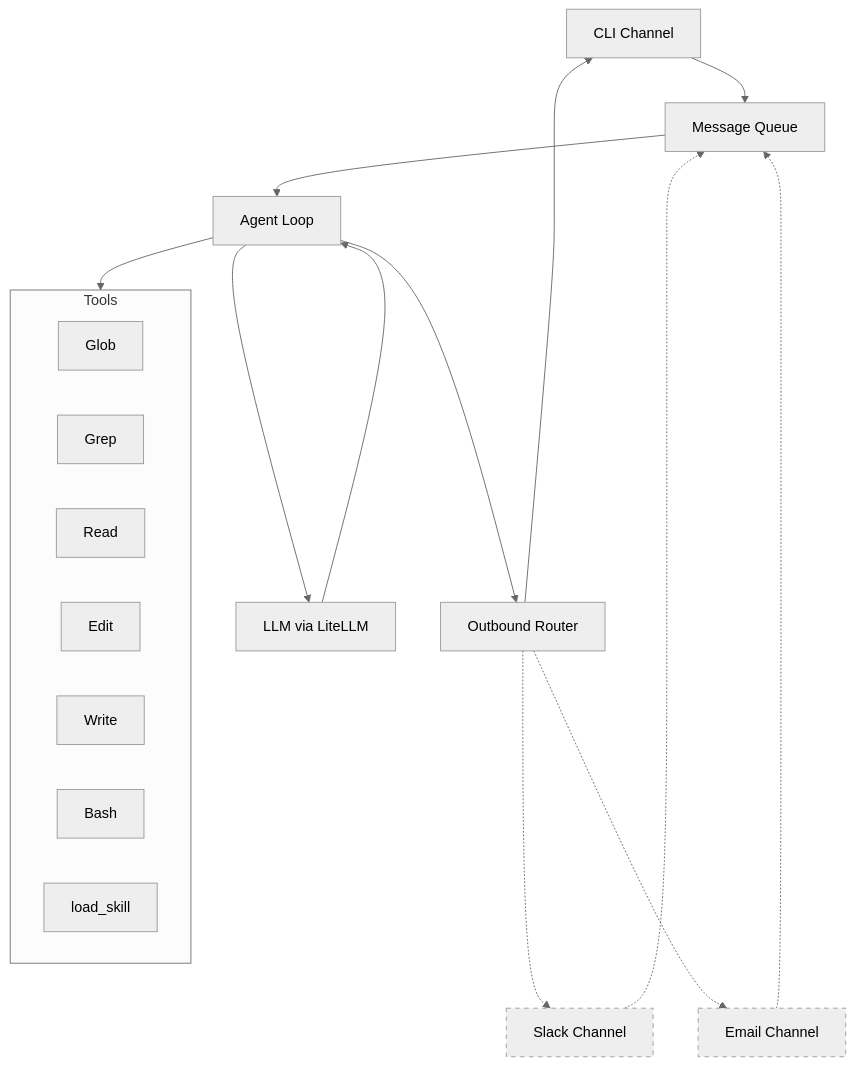
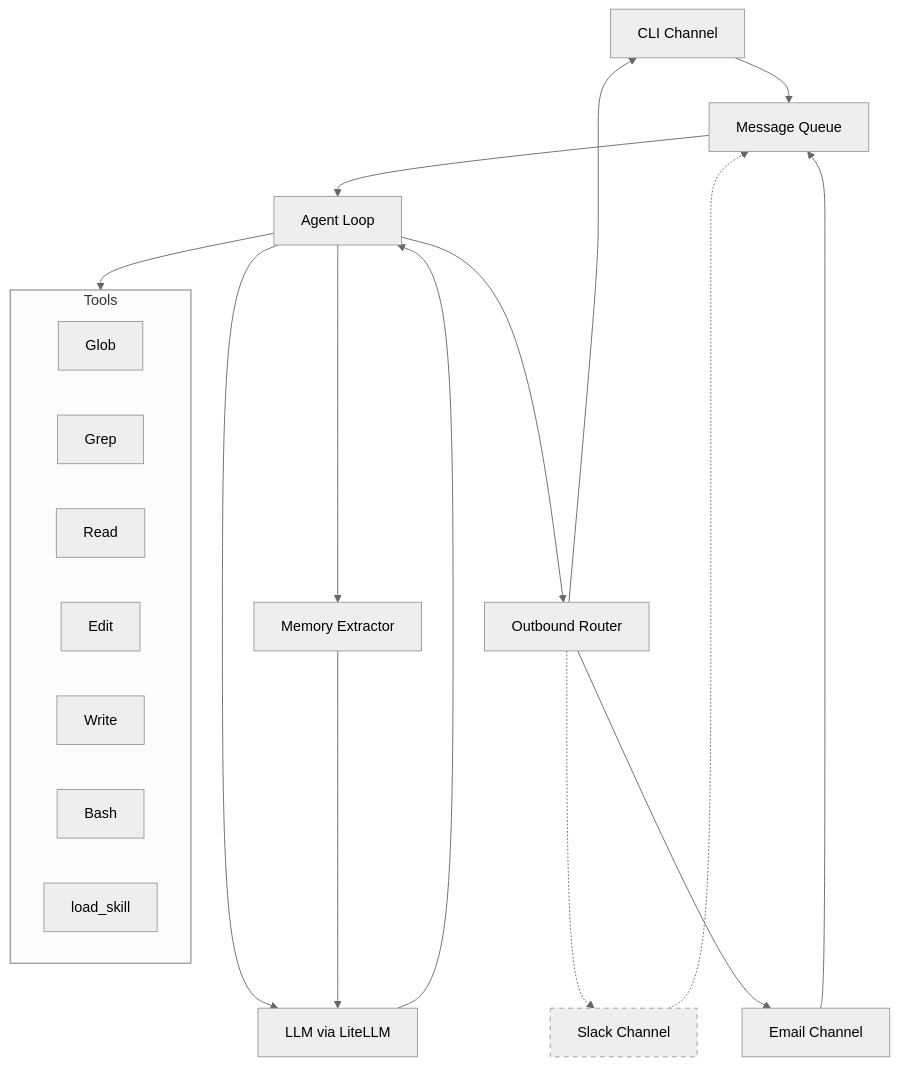
Before and after one commit to jalemieux/curunir: the diagram in README.md, drawn with Mermaid (neutral theme). The commit also changed other lines of this file, not shown here.

Commit message:
docs: update README for email channel and memory extractor

````diff
--- a/README.md
+++ b/README.md
@@ -18,31 +18,32 @@
 ```mermaid
 flowchart TD
     CLI[CLI Channel] --> Q[Message Queue]
     Slack[Slack Channel] -.-> Q
-    Email[Email Channel] -.-> Q
+    Email[Email Channel] --> Q
 
     Q --> Agent[Agent Loop]
     Agent --> Tools
 
     subgraph Tools
         direction LR
         Glob
         Grep
         Read
         Edit
         Write
         Bash
         LoadSkill[load_skill]
     end
 
     Agent --> LLM[LLM via LiteLLM]
     LLM --> Agent
 
     Agent --> Router[Outbound Router]
     Router --> CLI
     Router -.-> Slack
-    Router -.-> Email
+    Router --> Email
 
     style Slack stroke-dasharray: 5 5
-    style Email stroke-dasharray: 5 5
+    Agent --> Extractor[Memory Extractor]
+    Extractor --> LLM
 ```
````
